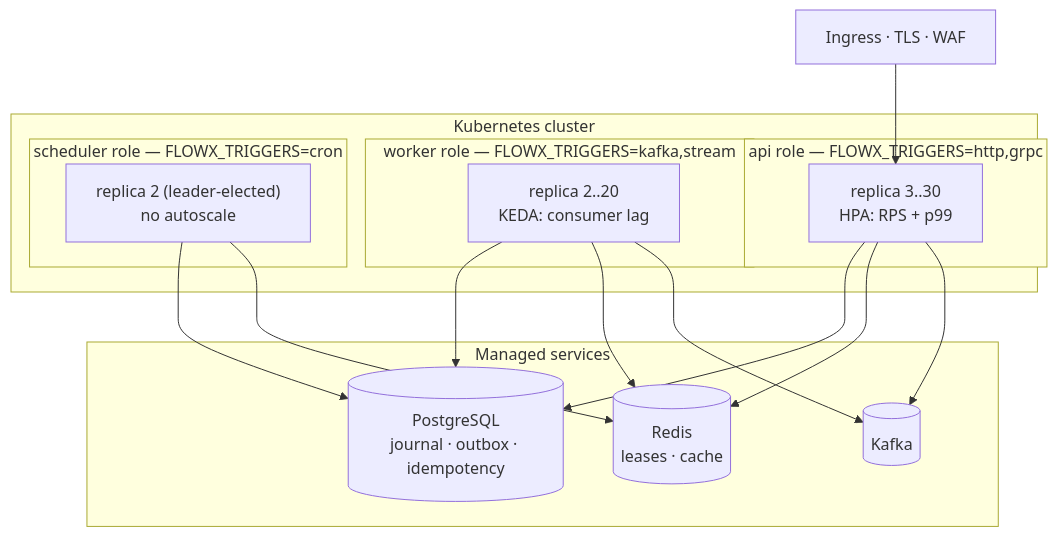
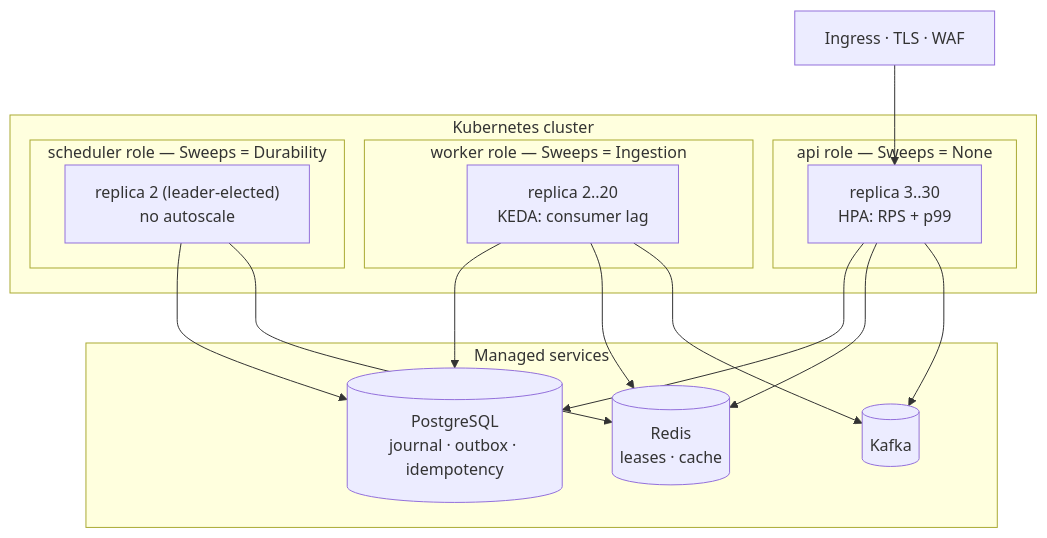
The first of 3 diagrams in docs/18-Cloud-Native.md (KhaiTrang1995/NexusFlow), drawn with Mermaid before and after one commit. The commit also changed other lines of this file and 12 other files, not shown here.

````diff
--- a/docs/18-Cloud-Native.md
+++ b/docs/18-Cloud-Native.md
@@ -39,23 +39,23 @@
 ```mermaid
 flowchart TB
     subgraph cluster["Kubernetes cluster"]
-        subgraph api["api role — FLOWX_TRIGGERS=http,grpc"]
+        subgraph api["api role — Sweeps = None"]
             A1["replica 3..30<br/>HPA: RPS + p99"]
         end
-        subgraph worker["worker role — FLOWX_TRIGGERS=kafka,stream"]
+        subgraph worker["worker role — Sweeps = Ingestion"]
             W1["replica 2..20<br/>KEDA: consumer lag"]
         end
-        subgraph sched["scheduler role — FLOWX_TRIGGERS=cron"]
+        subgraph sched["scheduler role — Sweeps = Durability"]
             S1["replica 2 (leader-elected)<br/>no autoscale"]
         end
     end
     subgraph data["Managed services"]
         PG[("PostgreSQL<br/>journal · outbox · idempotency")]
         RD[("Redis<br/>leases · cache")]
         KF[("Kafka")]
     end
     ING["Ingress · TLS · WAF"] --> A1
     A1 & W1 & S1 --> PG
     A1 & W1 & S1 --> RD
     A1 & W1 --> KF
 ```
````
